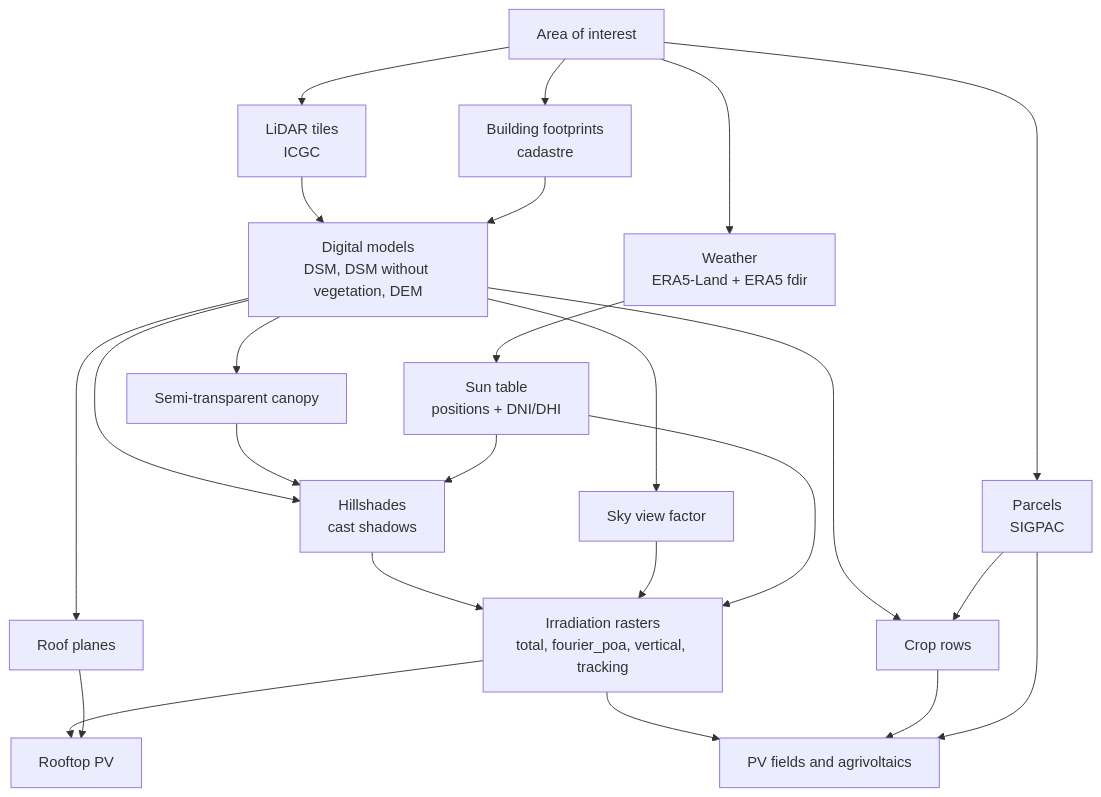
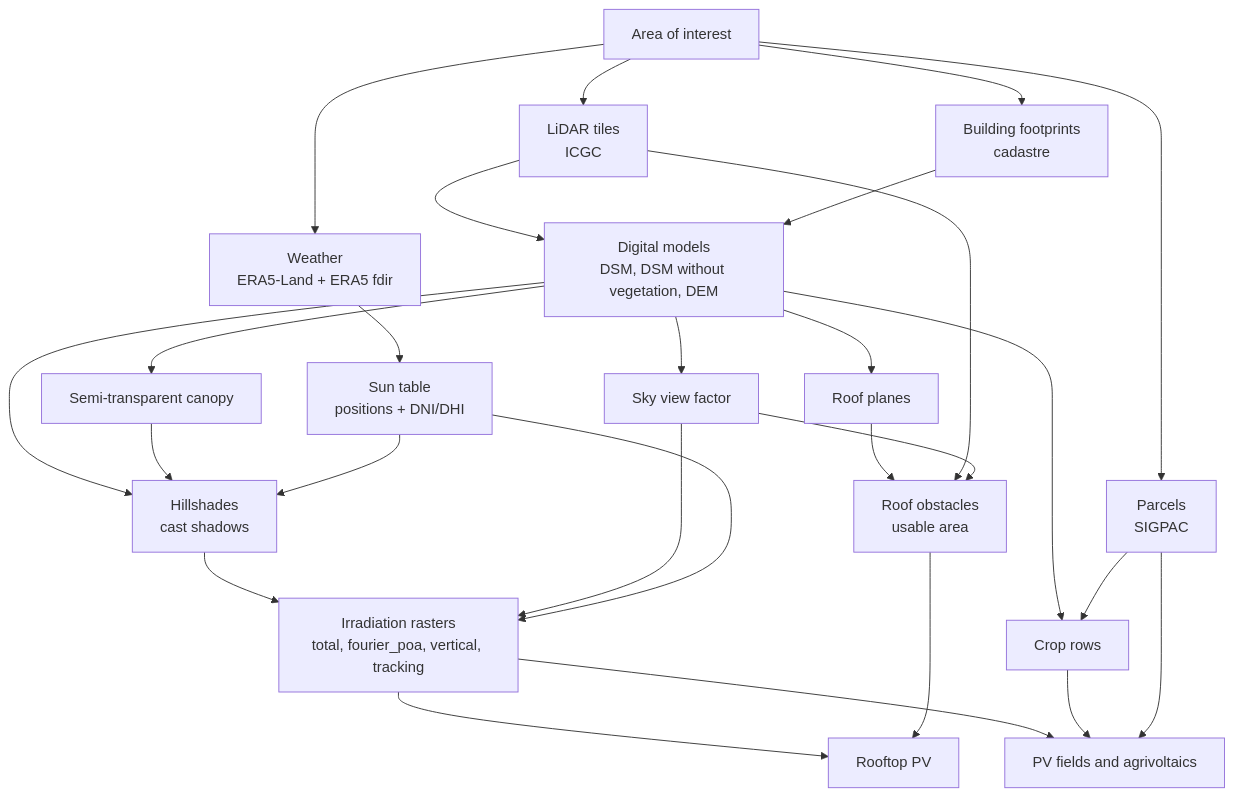
Before and after one commit to BeeGroup-cimne/greenshadow: the diagram in docs/README.md, drawn with Mermaid. The commit also changed other lines of this file and 13 other files, not shown here.

First line of the commit message:
Roof obstacles: LiDAR residual detector, fusion and usable area

````diff
--- a/docs/README.md
+++ b/docs/README.md
@@ -10,26 +10,29 @@
 ```mermaid
 flowchart TD
     A[Area of interest] --> W[Weather<br/>ERA5-Land + ERA5 fdir]
     A --> L[LiDAR tiles<br/>ICGC]
     A --> P[Parcels<br/>SIGPAC]
     A --> C[Building footprints<br/>cadastre]
     L --> DM[Digital models<br/>DSM, DSM without vegetation, DEM]
     C --> DM
     DM --> SVF[Sky view factor]
     DM --> CAN[Semi-transparent canopy]
     DM --> CR[Crop rows]
     P --> CR
     DM --> RF[Roof planes]
+    RF --> OB[Roof obstacles<br/>usable area]
+    L --> OB
+    SVF --> OB
     W --> SUN[Sun table<br/>positions + DNI/DHI]
     DM --> HS[Hillshades<br/>cast shadows]
     CAN --> HS
     SUN --> HS
     HS --> E[Irradiation rasters<br/>total, fourier_poa, vertical, tracking]
     SVF --> E
     SUN --> E
     E --> RPV[Rooftop PV]
-    RF --> RPV
+    OB --> RPV
     E --> PPV[PV fields and agrivoltaics]
     CR --> PPV
     P --> PPV
 ```
````
